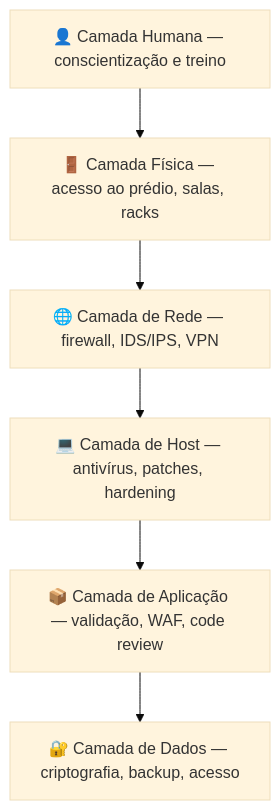
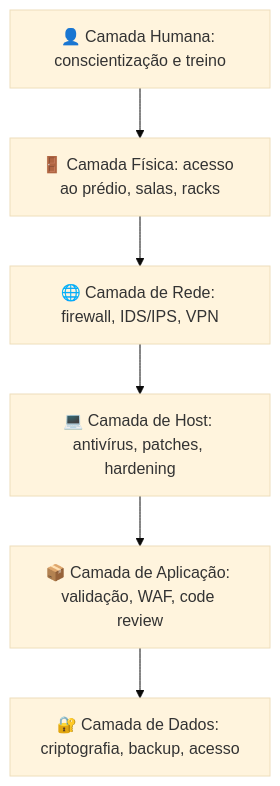
The ninth of 10 diagrams in content/Tópicos/Segurança da informação/Introdução à Segurança da informação.md (wesleyfolly/aulas), drawn with Mermaid (base theme) before and after one commit. The commit also changed other lines of this file and 11 other files, not shown here.

````diff
--- a/content/Tópicos/Segurança da informação/Introdução à Segurança da informação.md
+++ b/content/Tópicos/Segurança da informação/Introdução à Segurança da informação.md
@@ -390,9 +390,9 @@
 ```mermaid
 flowchart TD
-    L1["👤 Camada Humana — conscientização e treino"] --> L2
-    L2["🚪 Camada Física — acesso ao prédio, salas, racks"] --> L3
-    L3["🌐 Camada de Rede — firewall, IDS/IPS, VPN"] --> L4
-    L4["💻 Camada de Host — antivírus, patches, hardening"] --> L5
-    L5["📦 Camada de Aplicação — validação, WAF, code review"] --> L6
-    L6["🔐 Camada de Dados — criptografia, backup, acesso"]
+    L1["👤 Camada Humana: conscientização e treino"] --> L2
+    L2["🚪 Camada Física: acesso ao prédio, salas, racks"] --> L3
+    L3["🌐 Camada de Rede: firewall, IDS/IPS, VPN"] --> L4
+    L4["💻 Camada de Host: antivírus, patches, hardening"] --> L5
+    L5["📦 Camada de Aplicação: validação, WAF, code review"] --> L6
+    L6["🔐 Camada de Dados: criptografia, backup, acesso"]
 ```
````
